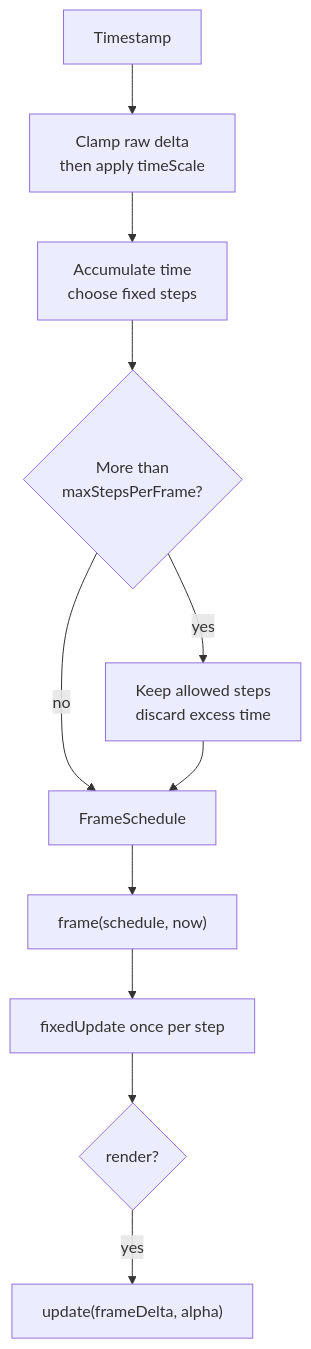
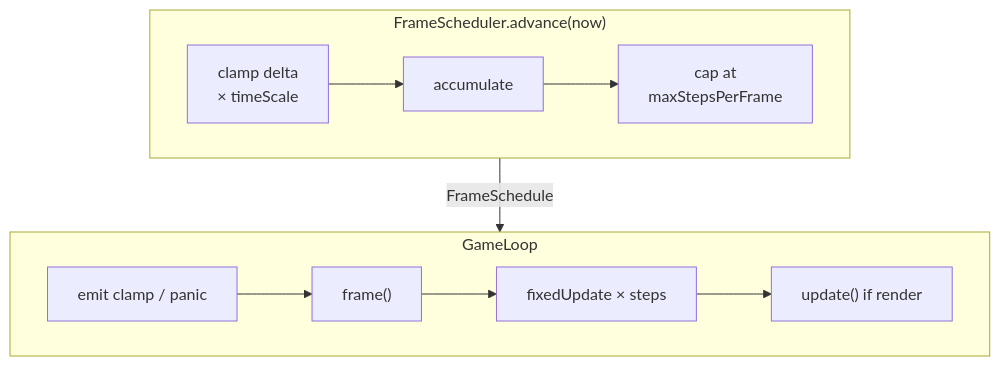
One commit to JollyPixel/editor changed the second of 3 diagrams in packages/loop/ARCHITECTURE.md. Above: the diagram before and after it, drawn with Mermaid. The commit also changed other lines of this file and 19 other files, not shown here.

````diff
--- a/packages/loop/ARCHITECTURE.md
+++ b/packages/loop/ARCHITECTURE.md
@@ -32,13 +40,12 @@
 ```mermaid
 flowchart TB
-    Now["Timestamp"] --> Delta["Clamp raw delta<br/>then apply timeScale"]
-    Delta --> Steps["Accumulate time<br/>choose fixed steps"]
-    Steps --> Limit{"More than<br/>maxStepsPerFrame?"}
-    Limit -->|"yes"| Drop["Keep allowed steps<br/>discard excess time"]
-    Limit -->|"no"| Schedule["FrameSchedule"]
-    Drop --> Schedule
-    Schedule --> Frame["frame(schedule, now)"]
-    Frame --> Fixed["fixedUpdate once per step"]
-    Fixed --> Render{"render?"}
-    Render -->|"yes"| Update["update(frameDelta, alpha)"]
+    subgraph Scheduler["FrameScheduler.advance(now)"]
+        direction LR
+        Delta["clamp delta<br/>× timeScale"] --> Accumulate["accumulate"] --> Cap["cap at<br/>maxStepsPerFrame"]
+    end
+    subgraph Loop["GameLoop"]
+        direction LR
+        Events["emit clamp / panic"] --> Frame["frame()"] --> Fixed["fixedUpdate × steps"] --> Update["update() if render"]
+    end
+    Scheduler -->|"FrameSchedule"| Loop
 ```
````
